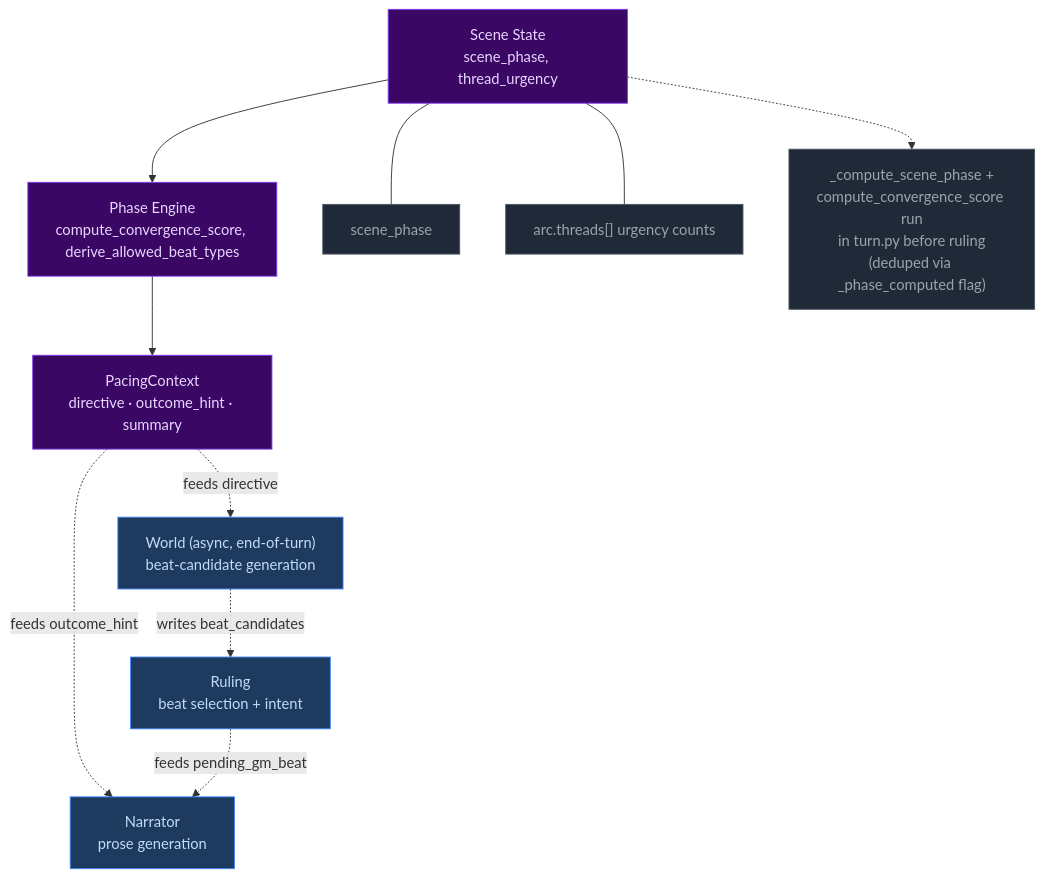
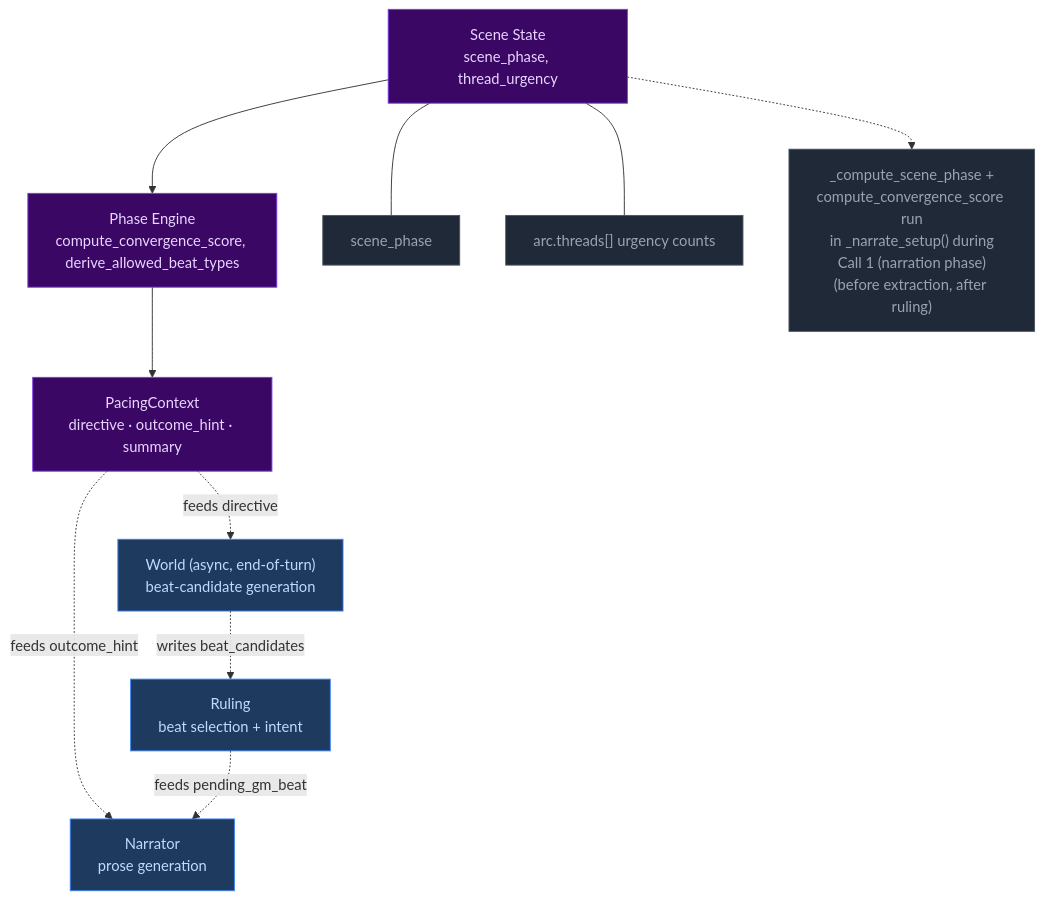
One commit to pww217/fablethread changed the first of 7 diagrams in docs/architecture/pacing-systems.md. Above: the diagram before and after it, drawn with Mermaid. The commit also changed other lines of this file and 17 other files, not shown here.

First line of the commit message:
Consolidated eval findings (21) into 4 roadmap tickets + updated architecture docs

````diff
--- a/docs/architecture/pacing-systems.md
+++ b/docs/architecture/pacing-systems.md
@@ -9,25 +9,25 @@
 ```mermaid
 flowchart TD
     classDef system fill:#3b0764,color:#e9d5ff,stroke:#7c3aed,strokeWidth:2px
     classDef shared fill:#1f2937,color:#9ca3af,stroke:#4b5563,strokeWidth:1px
     classDef output fill:#1e3a5f,color:#bfdbfe,stroke:#3b82f6
 
     S["Scene State<br>scene_phase, thread_urgency"]:::system
     PE["Phase Engine<br>compute_convergence_score, derive_allowed_beat_types"]:::system
     PC["PacingContext<br>directive · outcome_hint · summary"]:::system
     N["Narrator<br>prose generation"]:::output
     W["World (async, end-of-turn)<br>beat-candidate generation"]:::output
     R["Ruling<br>beat selection + intent"]:::output
 
     S --- shared1["scene_phase"]:::shared
     S --- shared2["arc.threads[] urgency counts"]:::shared
 
     S --> PE --> PC
     PC -. "feeds outcome_hint" .-> N
     PC -. "feeds directive" .-> W
     W -. "writes beat_candidates" .-> R
     R -. "feeds pending_gm_beat" .-> N
 
-    note1["_compute_scene_phase +<br>compute_convergence_score run<br>in turn.py before ruling<br>(deduped via _phase_computed flag)"]:::shared
+    note1["_compute_scene_phase +<br>compute_convergence_score run<br>in _narrate_setup() during<br>Call 1 (narration phase)<br>(before extraction, after ruling)"]:::shared
     S -.-> note1
 ```
````
